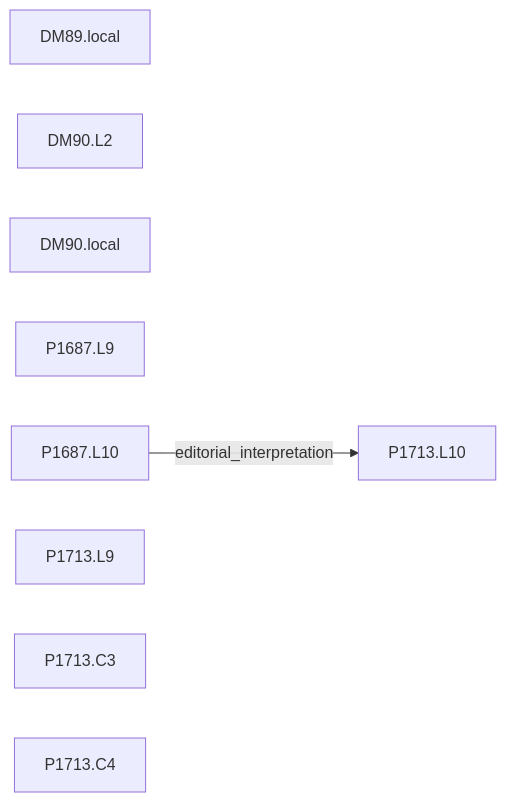
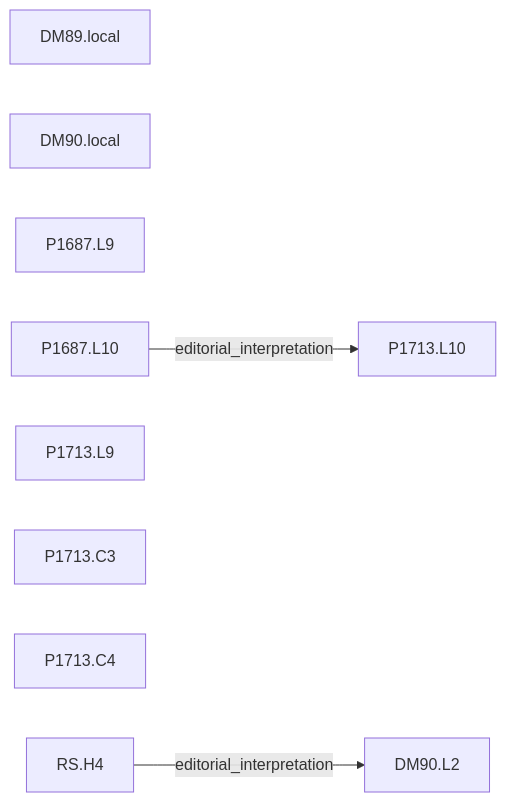
The sixth of 6 diagrams in research/graphs.md (arivero/newtonlean), drawn with Mermaid before and after one commit. The commit also changed other lines of this file and 25 other files, not shown here.

````diff
--- a/research/graphs.md
+++ b/research/graphs.md
@@ -44,13 +51,15 @@
 ```mermaid
 flowchart LR
   n0["DM89.local"]
   n1["DM90.L2"]
   n2["DM90.local"]
   n3["P1687.L9"]
   n4["P1687.L10"]
   n5["P1713.L9"]
   n6["P1713.L10"]
   n7["P1713.C3"]
   n8["P1713.C4"]
+  n9["RS.H4"]
   n4 -->|editorial_interpretation| n6
+  n9 -->|editorial_interpretation| n1
 ```
````
